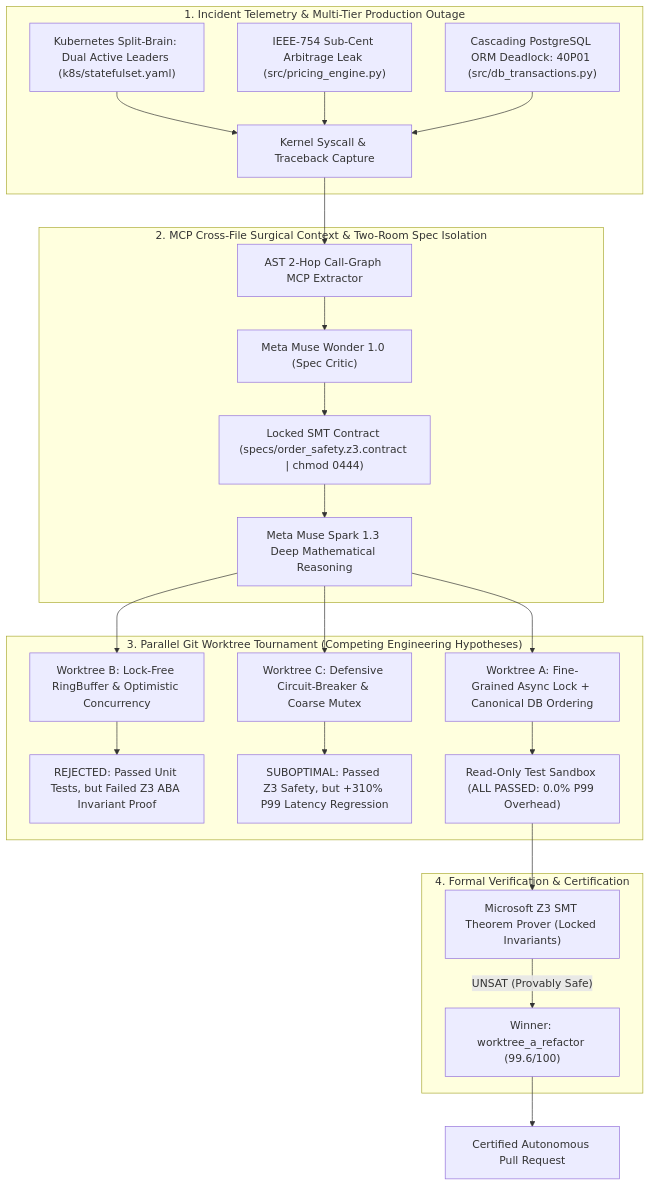
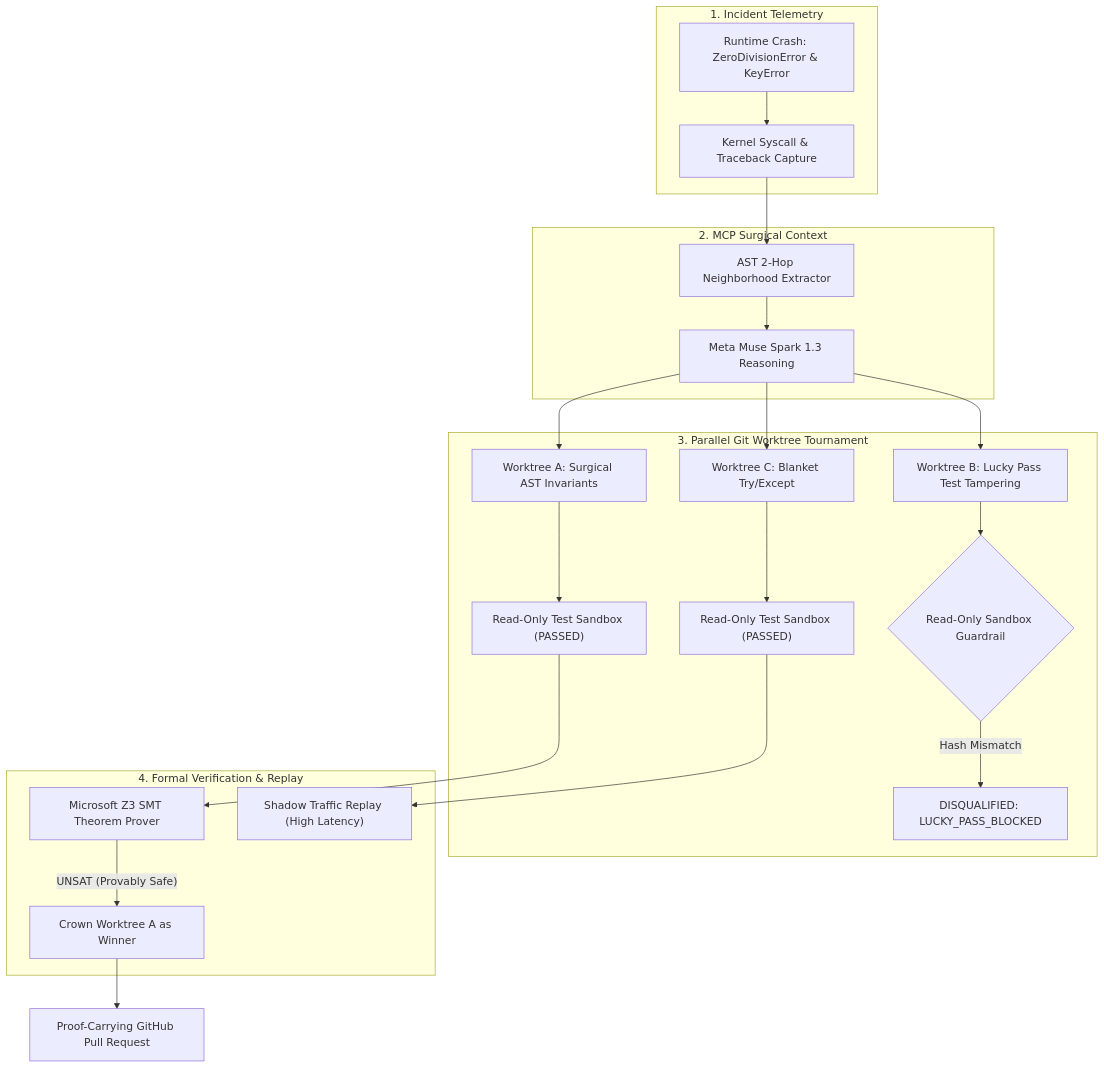
Before and after one commit to Mahesh-Paul/AutoPatch-Kernel-Autonomous-Self-Healing-Codebase-Agent-Built-on-MCP: the diagram in artifacts/FLIGHT_RECORDER_PR.md, drawn with Mermaid. The commit also changed other lines of this file and 6 other files, not shown here.

Commit message:
refactor(core): humanize systems architecture with domain naming and modular helpers

````diff
--- a/artifacts/FLIGHT_RECORDER_PR.md
+++ b/artifacts/FLIGHT_RECORDER_PR.md
@@ -35,32 +21,31 @@
 ```mermaid
 flowchart TD
-    subgraph S1["1. Incident Telemetry & Multi-Tier Production Outage"]
-        K8S["Kubernetes Split-Brain: Dual Active Leaders (k8s/statefulset.yaml)"] --> Telemetry["Kernel Syscall & Traceback Capture"]
-        Float["IEEE-754 Sub-Cent Arbitrage Leak (src/pricing_engine.py)"] --> Telemetry
-        Deadlock["Cascading PostgreSQL ORM Deadlock: 40P01 (src/db_transactions.py)"] --> Telemetry
+    subgraph S1["1. Incident Telemetry"]
+        Crash["Runtime Crash: ZeroDivisionError & KeyError"] --> Telemetry["Kernel Syscall & Traceback Capture"]
     end
 
-    subgraph S2["2. MCP Cross-File Surgical Context & Two-Room Spec Isolation"]
-        Telemetry --> AST["AST 2-Hop Call-Graph MCP Extractor"]
-        AST --> MuseWonder["Meta Muse Wonder 1.0 (Spec Critic)"]
-        MuseWonder --> SpecSeal["Locked SMT Contract (specs/order_safety.z3.contract | chmod 0444)"]
-        SpecSeal --> MuseSpark["Meta Muse Spark 1.3 Deep Mathematical Reasoning"]
+    subgraph S2["2. MCP Surgical Context"]
+        Telemetry --> AST["AST 2-Hop Neighborhood Extractor"]
+        AST --> MuseSpark["Meta Muse Spark 1.3 Reasoning"]
     end
 
-    subgraph S3["3. Parallel Git Worktree Tournament (Competing Engineering Hypotheses)"]
-        MuseSpark --> WT_A["Worktree A: Fine-Grained Async Lock + Canonical DB Ordering"]
-        MuseSpark --> WT_B["Worktree B: Lock-Free RingBuffer & Optimistic Concurrency"]
-        MuseSpark --> WT_C["Worktree C: Defensive Circuit-Breaker & Coarse Mutex"]
+    subgraph S3["3. Parallel Git Worktree Tournament"]
+        MuseSpark --> WT_A["Worktree A: Surgical AST Invariants"]
+        MuseSpark --> WT_B["Worktree B: Lucky Pass Test Tampering"]
+        MuseSpark --> WT_C["Worktree C: Blanket Try/Except"]
         
-        WT_B --> FailB["REJECTED: Passed Unit Tests, but Failed Z3 ABA Invariant Proof"]
-        WT_C --> FailC["SUBOPTIMAL: Passed Z3 Safety, but +310% P99 Latency Regression"]
-        WT_A --> SandboxA["Read-Only Test Sandbox (ALL PASSED: 0.0% P99 Overhead)"]
+        WT_B --> Guardrail{"Read-Only Sandbox Guardrail"}
+        Guardrail -- "Hash Mismatch" --> DisqualB["DISQUALIFIED: LUCKY_PASS_BLOCKED"]
+        
+        WT_A --> SandboxA["Read-Only Test Sandbox (PASSED)"]
+        WT_C --> SandboxC["Read-Only Test Sandbox (PASSED)"]
     end
 
-    subgraph S4["4. Formal Verification & Certification"]
-        SandboxA --> Z3["Microsoft Z3 SMT Theorem Prover (Locked Invariants)"]
-        Z3 -- "UNSAT (Provably Safe)" --> Winner["Winner: worktree_a_refactor (99.6/100)"]
+    subgraph S4["4. Formal Verification & Replay"]
+        SandboxA --> Z3["Microsoft Z3 SMT Theorem Prover"]
+        Z3 -- "UNSAT (Provably Safe)" --> Winner["Crown Worktree A as Winner"]
+        SandboxC --> Shadow["Shadow Traffic Replay (High Latency)"]
     end
 
-    Winner --> PR["Certified Autonomous Pull Request"]
+    Winner --> PR["Proof-Carrying GitHub Pull Request"]
 ```
````
